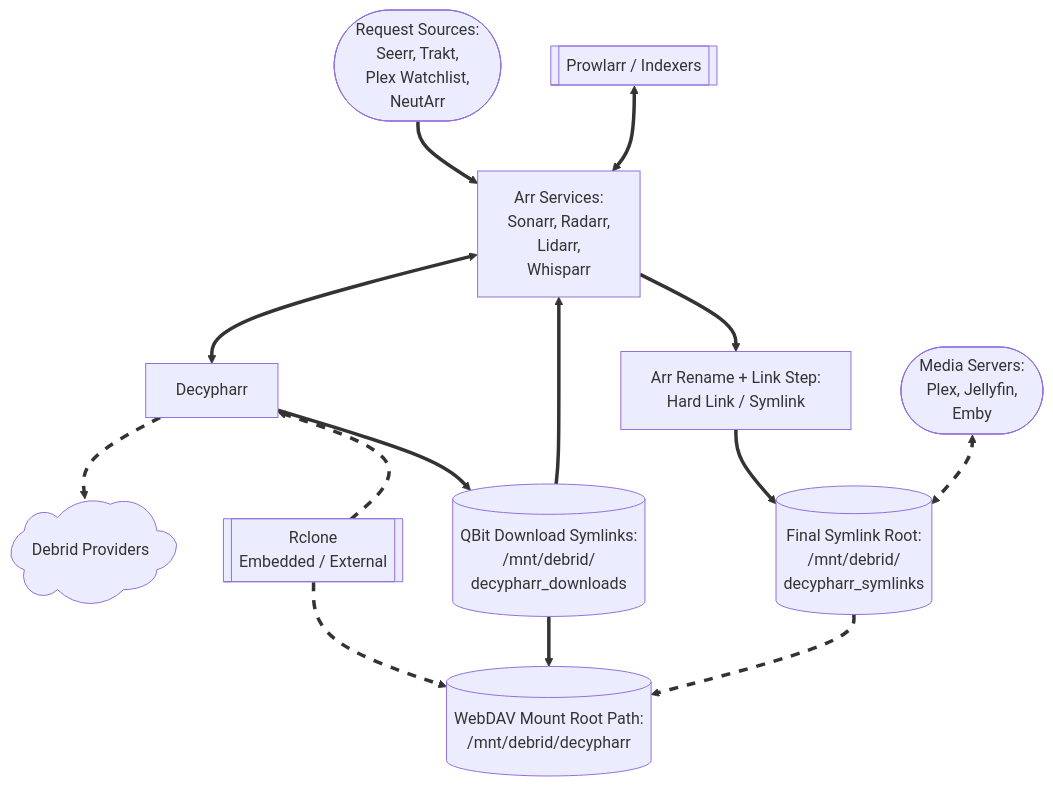
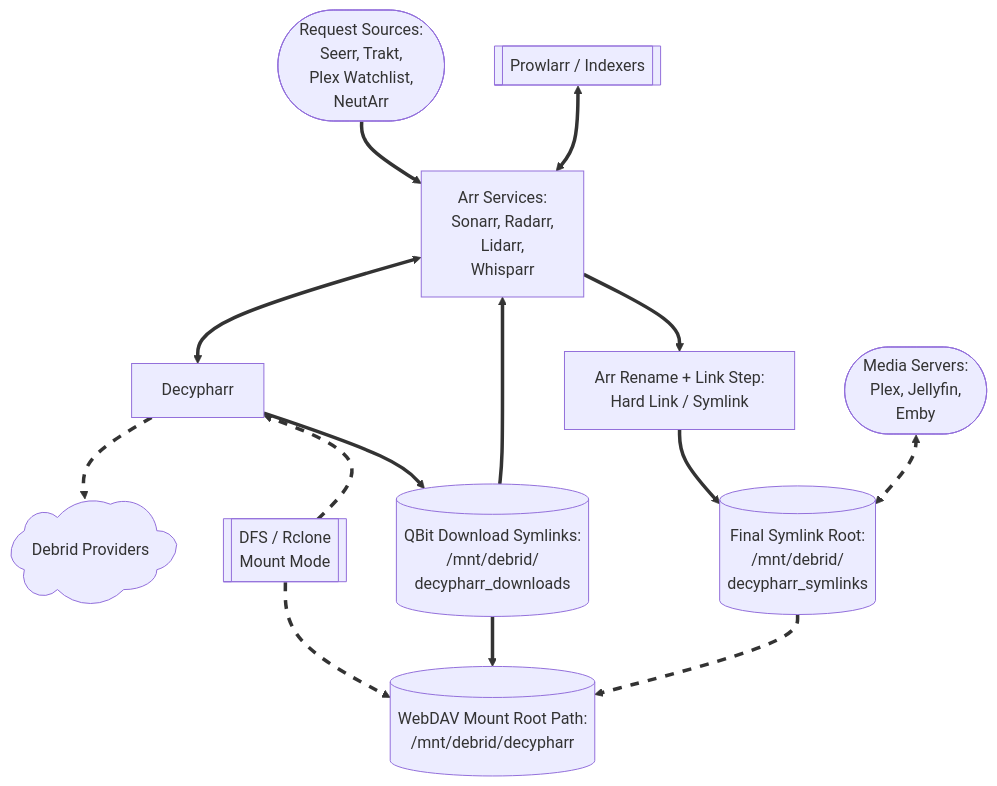
Before and after one commit to I-am-PUID-0/DUMB_docs: the diagram in docs/services/core/decypharr.md, drawn with Mermaid. The commit also changed other lines of this file and 2 other files, not shown here.

````diff
--- a/docs/services/core/decypharr.md
+++ b/docs/services/core/decypharr.md
@@ -14,39 +14,39 @@
 ```mermaid
 %%{ init: { "flowchart": { "curve": "basis" } } }%%
 flowchart TD
     A([Request Sources:<br/>Seerr, Trakt,<br/>Plex Watchlist,<br/>NeutArr])
     B[Arr Services:<br/>Sonarr, Radarr,<br/>Lidarr,<br/>Whisparr]
     C[[Prowlarr / Indexers]]
     D[Decypharr]
     E@{shape: cloud, label: "Debrid Providers"}
-    F[[Rclone<br/>Embedded / External]]
+    F[[DFS / Rclone<br/>Mount Mode]]
     G[(WebDAV Mount Root Path:<br/>/mnt/debrid/decypharr)]
     H[(QBit Download Symlinks:<br/>/mnt/debrid/<br/>decypharr_downloads)]
     I[Arr Rename + Link Step:<br/>Hard Link / Symlink]
     J[(Final Symlink Root:<br/>/mnt/debrid/<br/>decypharr_symlinks)]
     K([Media Servers:<br/>Plex, Jellyfin,<br/>Emby])
 
     E === D
     D === F
     linkStyle 0 stroke:transparent,stroke-width:0;
     linkStyle 1 stroke:transparent,stroke-width:0;
 
     A ==> B
     C <==> B
     B <==> D
     D e1@==> E
     F e2@==> D
     F e3@==> G
     D ==> H
     H ==> G
     H ==> B
     B ==> I
     I ==> J
     J e4@==> G
     K e5@<==> J
 
 
     classDef animate stroke-dasharray: 9,5,stroke-dashoffset: 900,animation: dash 25s linear infinite;
     class e1,e2,e3,e4,e5 animate
         
 ```
````
